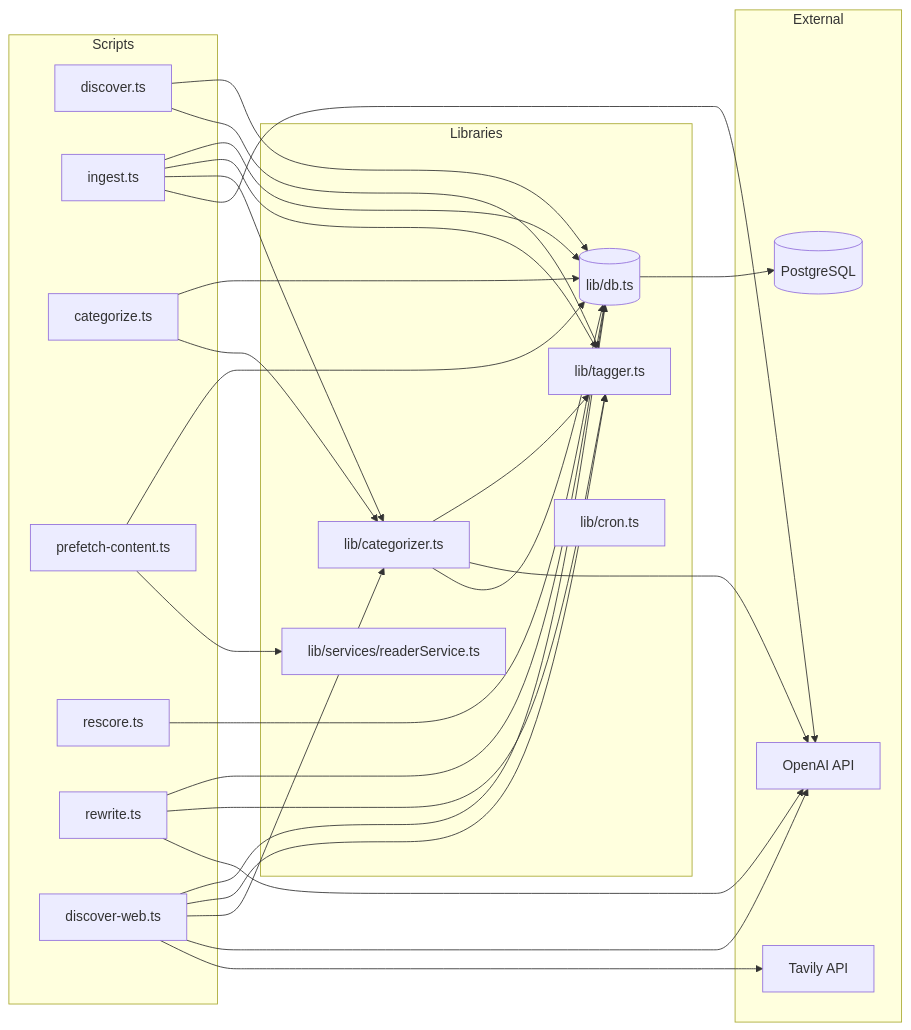
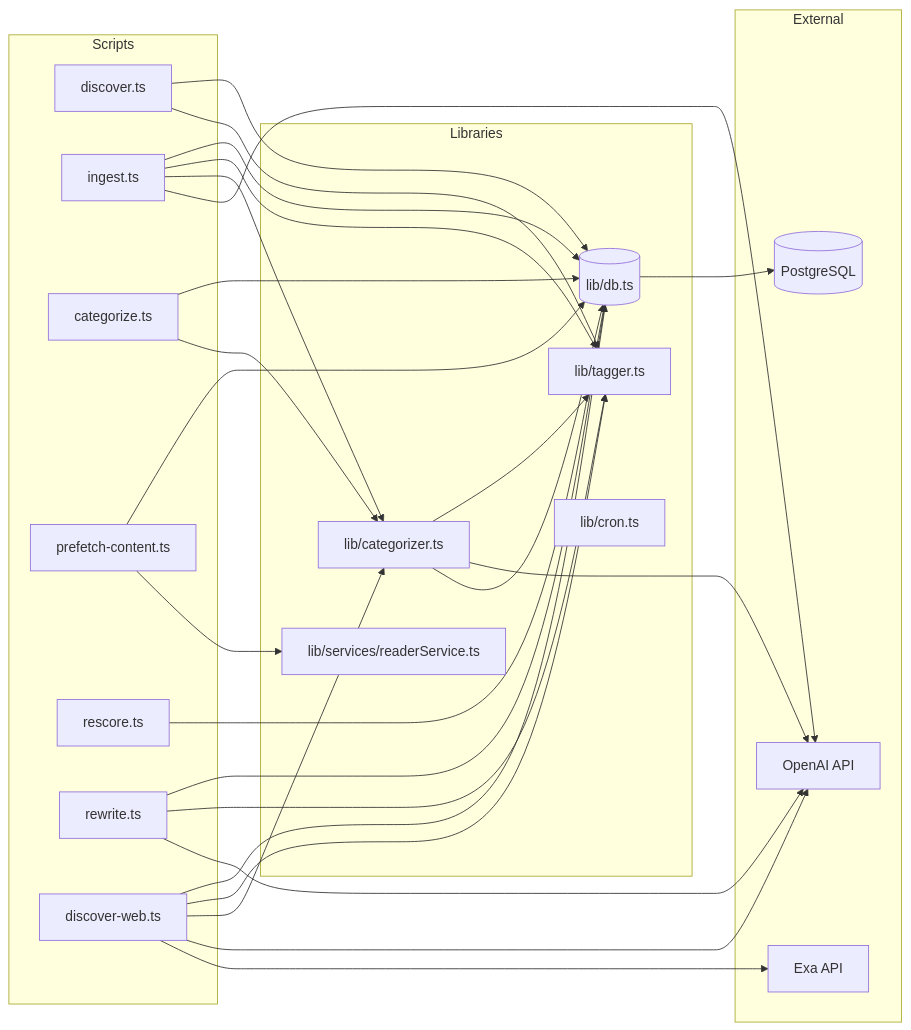
Before and after one commit to dwahbe/climate-river: the seventh of 9 diagrams in README.md, drawn with Mermaid. The commit also changed other lines of this file and 38 other files, not shown here.

````diff
--- a/README.md
+++ b/README.md
@@ -403,58 +404,58 @@
 ```mermaid
 flowchart LR
     subgraph Scripts
         D[discover.ts]
         I[ingest.ts]
         C[categorize.ts]
         P[prefetch-content.ts]
         R[rescore.ts]
         W[rewrite.ts]
         WD[discover-web.ts]
     end
 
     subgraph Libraries
         DB[(lib/db.ts)]
         TAG[lib/tagger.ts]
         CAT[lib/categorizer.ts]
         READ[lib/services/readerService.ts]
         CRON[lib/cron.ts]
     end
 
     subgraph External
         OPENAI[OpenAI API]
-        TAVILY[Tavily API]
+        EXA[Exa API]
         PG[(PostgreSQL)]
     end
 
     D --> DB
     D --> TAG
 
     I --> DB
     I --> TAG
     I --> CAT
     I --> OPENAI
 
     C --> DB
     C --> CAT
 
     P --> DB
     P --> READ
 
     R --> DB
 
     W --> DB
     W --> TAG
     W --> OPENAI
 
     WD --> DB
     WD --> TAG
     WD --> CAT
     WD --> OPENAI
-    WD --> TAVILY
+    WD --> EXA
 
     CAT --> TAG
     CAT --> OPENAI
     CAT --> DB
 
     DB --> PG
 ```
````
